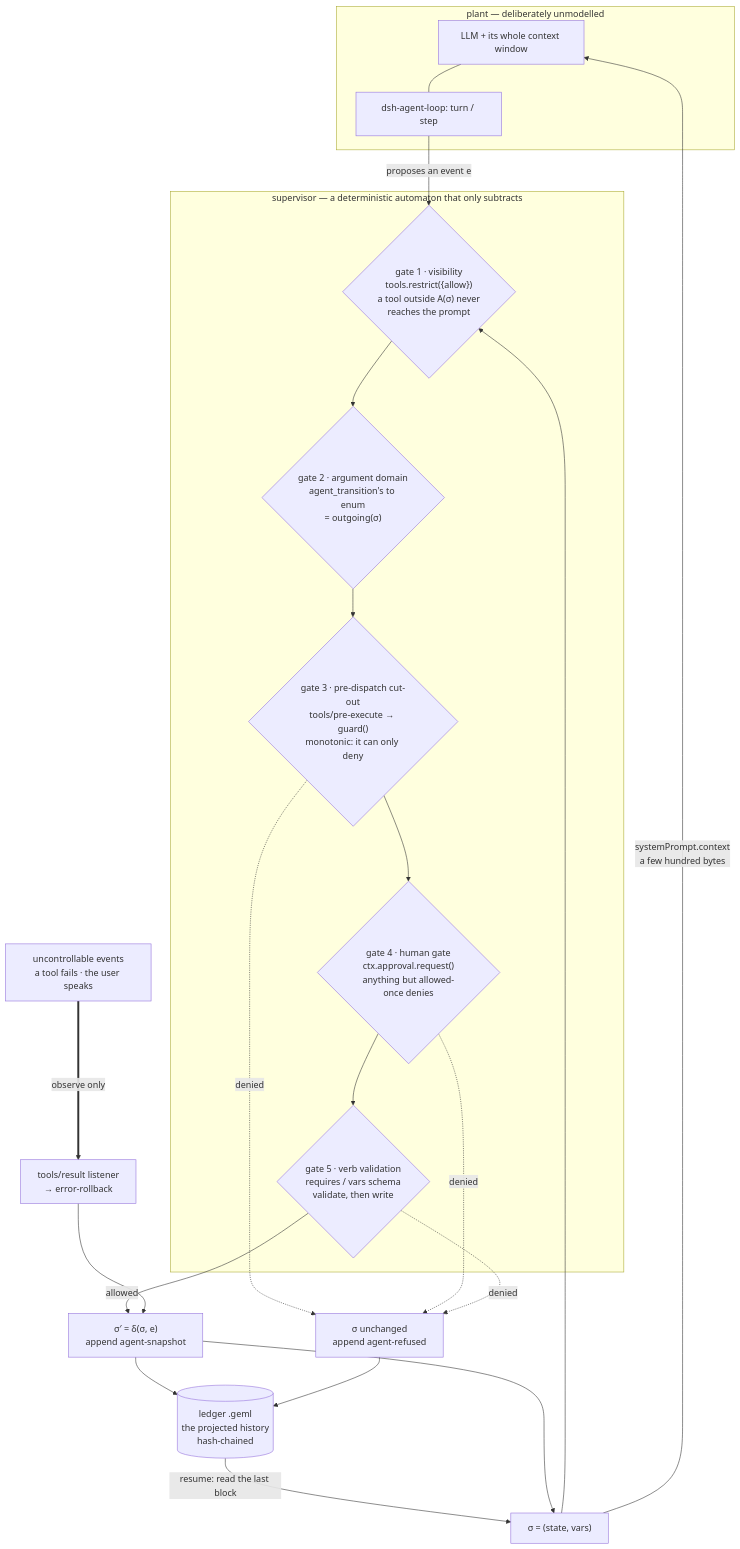
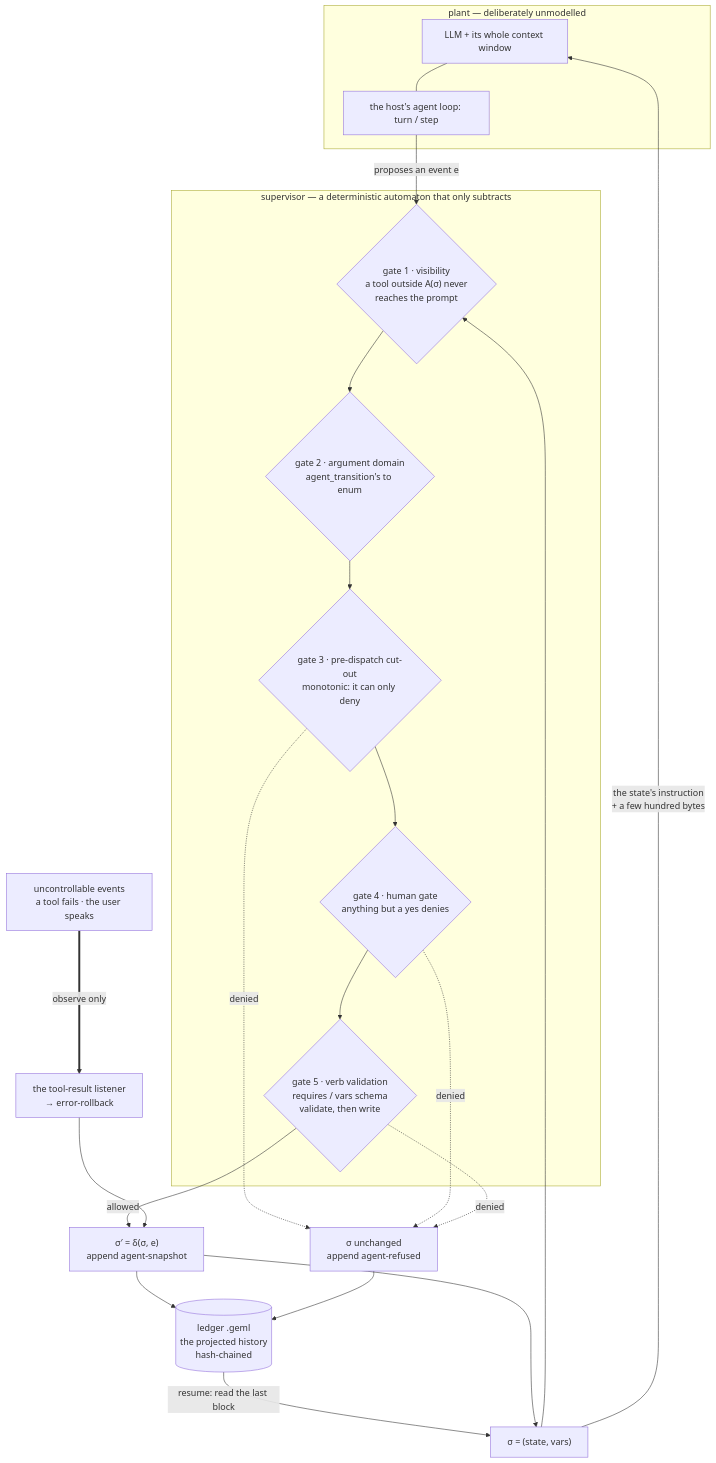
Before and after one commit to geml-spec/geml: the diagram in integrations/geml-agent-runtime/README.md, drawn with Mermaid. The commit also changed other lines of this file and 25 other files, not shown here.

````diff
--- a/integrations/geml-agent-runtime/README.md
+++ b/integrations/geml-agent-runtime/README.md
@@ -17,34 +17,34 @@
 ```mermaid
 flowchart TB
     subgraph plant["plant — deliberately unmodelled"]
         M["LLM + its whole context window"]
-        L["dsh-agent-loop: turn / step"]
+        L["the host's agent loop: turn / step"]
         M --- L
     end
 
     L -->|"proposes an event e"| G1
 
     subgraph sup["supervisor — a deterministic automaton that only subtracts"]
-        G1{"gate 1 · visibility<br/>tools.restrict({allow})<br/>a tool outside A(σ) never<br/>reaches the prompt"}
-        G2{"gate 2 · argument domain<br/>agent_transition's to enum<br/>= outgoing(σ)"}
-        G3{"gate 3 · pre-dispatch cut-out<br/>tools/pre-execute → guard()<br/>monotonic: it can only deny"}
-        G4{"gate 4 · human gate<br/>ctx.approval.request()<br/>anything but allowed-once denies"}
+        G1{"gate 1 · visibility<br/>a tool outside A(σ) never<br/>reaches the prompt"}
+        G2{"gate 2 · argument domain<br/>agent_transition's to enum"}
+        G3{"gate 3 · pre-dispatch cut-out<br/>monotonic: it can only deny"}
+        G4{"gate 4 · human gate<br/>anything but a yes denies"}
         G5{"gate 5 · verb validation<br/>requires / vars schema<br/>validate, then write"}
         G1 --> G2 --> G3 --> G4 --> G5
     end
 
     G5 -->|"allowed"| NEXT["σ′ = δ(σ, e)<br/>append agent-snapshot"]
     G3 -.->|"denied"| REF["σ unchanged<br/>append agent-refused"]
     G4 -.->|"denied"| REF
     G5 -.->|"denied"| REF
 
-    UNC["uncontrollable events<br/>a tool fails · the user speaks"] ==>|"observe only"| RESP["tools/result listener<br/>→ error-rollback"]
+    UNC["uncontrollable events<br/>a tool fails · the user speaks"] ==>|"observe only"| RESP["the tool-result listener<br/>→ error-rollback"]
     RESP --> NEXT
 
     NEXT --> LEDGER[("ledger .geml<br/>the projected history<br/>hash-chained")]
     REF --> LEDGER
     LEDGER -->|"resume: read the last block"| SIGMA
     SIGMA["σ = (state, vars)"] --> G1
     NEXT --> SIGMA
-    SIGMA -->|"systemPrompt.context<br/>a few hundred bytes"| M
+    SIGMA -->|"the state's instruction<br/>+ a few hundred bytes"| M
 ```
````
